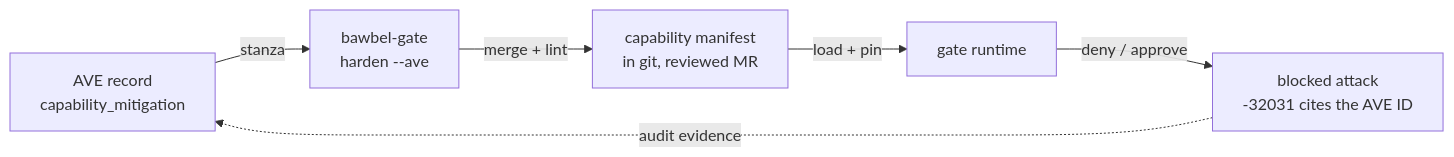
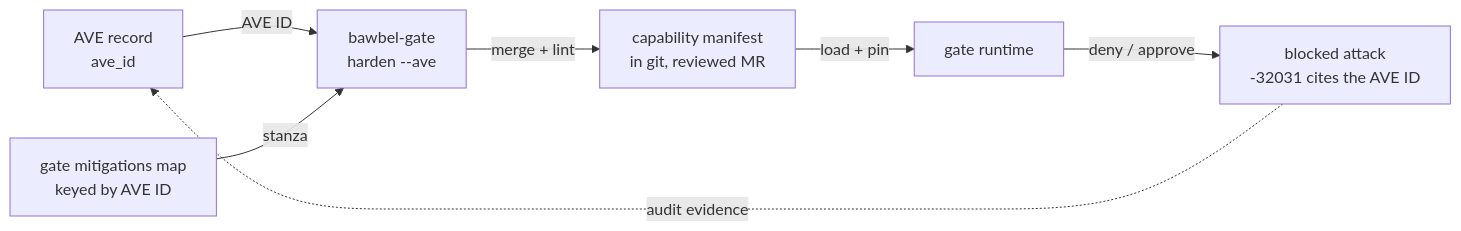
Before and after one commit to bawbel/gate: the second of 4 diagrams in ARCHITECTURE.md, drawn with Mermaid. The commit also changed other lines of this file, not shown here.

First line of the commit message:
docs: say the AVE record supplies the ID and the gate's map supplies the stanza (#169)

````diff
--- a/ARCHITECTURE.md
+++ b/ARCHITECTURE.md
@@ -145,8 +146,9 @@
 ```mermaid
 flowchart LR
-    R["AVE record<br/>capability_mitigation"] -->|"stanza"| H["bawbel-gate<br/>harden --ave"]
+    R["AVE record<br/>ave_id"] -->|"AVE ID"| H["bawbel-gate<br/>harden --ave"]
+    S["gate mitigations map<br/>keyed by AVE ID"] -->|"stanza"| H
     H -->|"merge + lint"| M["capability manifest<br/>in git, reviewed MR"]
     M -->|"load + pin"| G["gate runtime"]
     G -->|"deny / approve"| B["blocked attack<br/>-32031 cites the AVE ID"]
     B -.->|"audit evidence"| R
 ```
````
